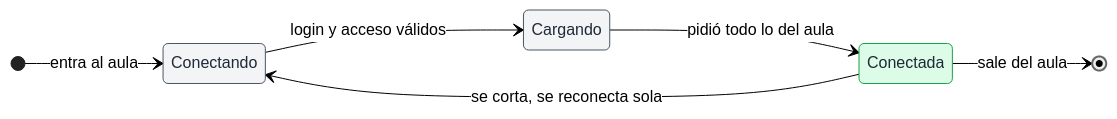
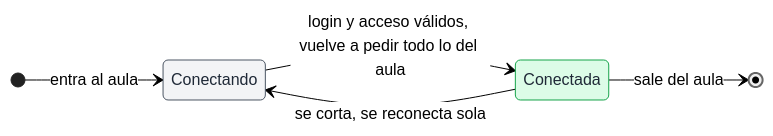
The second of 2 diagrams in app/docs/architecture/tiempo-real-del-aula.md (filadd/agentic-engineering-famaf-extension-course), drawn with Mermaid (neutral theme) before and after one commit. The commit also changed other lines of this file and 5 other files, not shown here.

Commit message:
docs(app): bring the architecture notes in line with the implemented kurasu

````diff
--- a/app/docs/architecture/tiempo-real-del-aula.md
+++ b/app/docs/architecture/tiempo-real-del-aula.md
@@ -48,14 +48,13 @@
 ```mermaid
 stateDiagram-v2
     direction LR
     [*] --> Conectando: entra al aula
-    Conectando --> Cargando: login y acceso válidos
-    Cargando --> Conectada: pidió todo lo del aula
+    Conectando --> Conectada: login y acceso válidos, vuelve a pedir todo lo del aula
     Conectada --> Conectando: se corta, se reconecta sola
     Conectada --> [*]: sale del aula
 
     classDef grey fill:#f3f4f6,stroke:#4b5563,color:#1f2937
     classDef green fill:#dcfce7,stroke:#16a34a,color:#1f2937
-    class Conectando,Cargando grey
+    class Conectando grey
     class Conectada green
 ```
````
